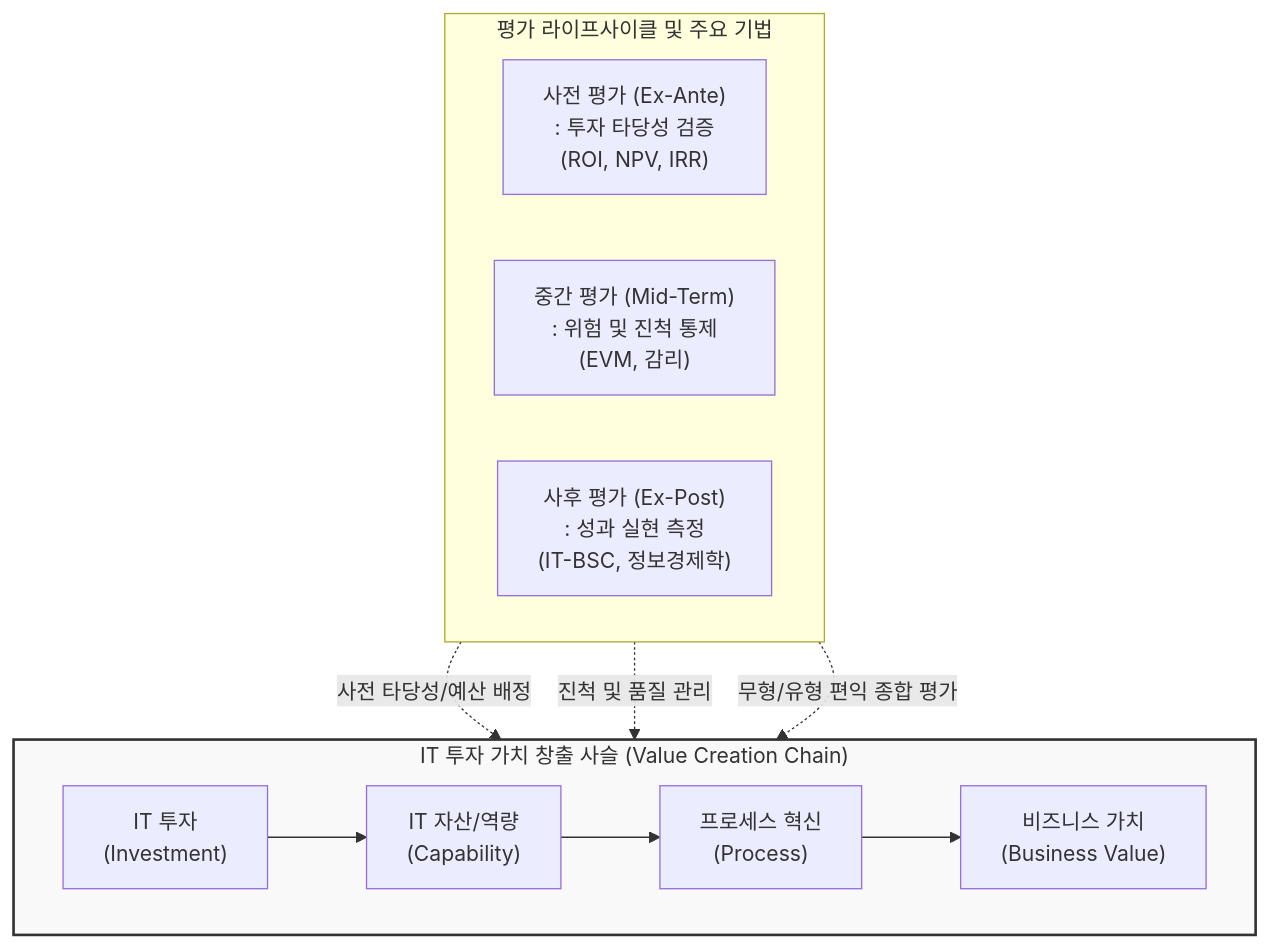
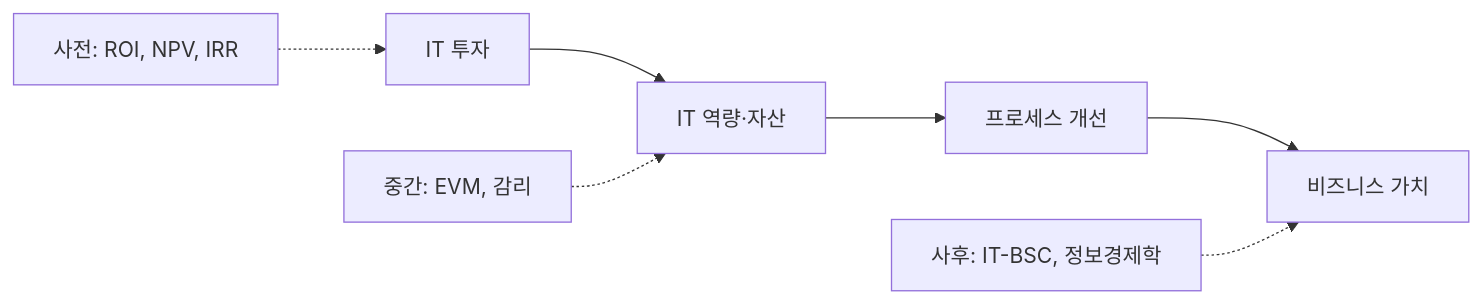
One commit to supremethumb/supremethumb.github.io changed the diagram in content/01_IT Tech/IT-ROI 투자 성과평가 모델.md. Above: the diagram before and after it, drawn with Mermaid. The commit also changed other lines of this file and 1087 other files, not shown here.

````diff
--- a/content/01_IT Tech/IT-ROI 투자 성과평가 모델.md
+++ b/content/01_IT Tech/IT-ROI 투자 성과평가 모델.md
@@ -25,23 +34,7 @@
 ```mermaid
-flowchart TD
-    subgraph Value_Chain["IT 투자 가치 창출 사슬 (Value Creation Chain)"]
-        direction LR
-        INV["IT 투자<br/>(Investment)"] --> CAP["IT 자산/역량<br/>(Capability)"]
-        CAP --> BP["프로세스 혁신<br/>(Process)"]
-        BP --> VAL["비즈니스 가치<br/>(Business Value)"]
-    end
-    
-    subgraph Evaluation_Lifecycle["평가 라이프사이클 및 주요 기법"]
-        direction LR
-        EXA["사전 평가 (Ex-Ante)<br/>: 투자 타당성 검증<br/>(ROI, NPV, IRR)"] 
-        MID["중간 평가 (Mid-Term)<br/>: 위험 및 진척 통제<br/>(EVM, 감리)"]
-        EXP["사후 평가 (Ex-Post)<br/>: 성과 실현 측정<br/>(IT-BSC, 정보경제학)"]
-    end
-    
-    EXA -.->|"사전 타당성/예산 배정"| INV
-    MID -.->|"진척 및 품질 관리"| CAP
-    EXP -.->|"무형/유형 편익 종합 평가"| VAL
-    
-    style Value_Chain fill:#f9f9f9,stroke:#333,stroke-width:2px
-
+flowchart LR
+    INV["IT 투자"] --> CAP["IT 역량·자산"] --> PRO["프로세스 개선"] --> VAL["비즈니스 가치"]
+    A["사전: ROI, NPV, IRR"] -.-> INV
+    B["중간: EVM, 감리"] -.-> CAP
+    C["사후: IT-BSC, 정보경제학"] -.-> VAL
 ```
````
